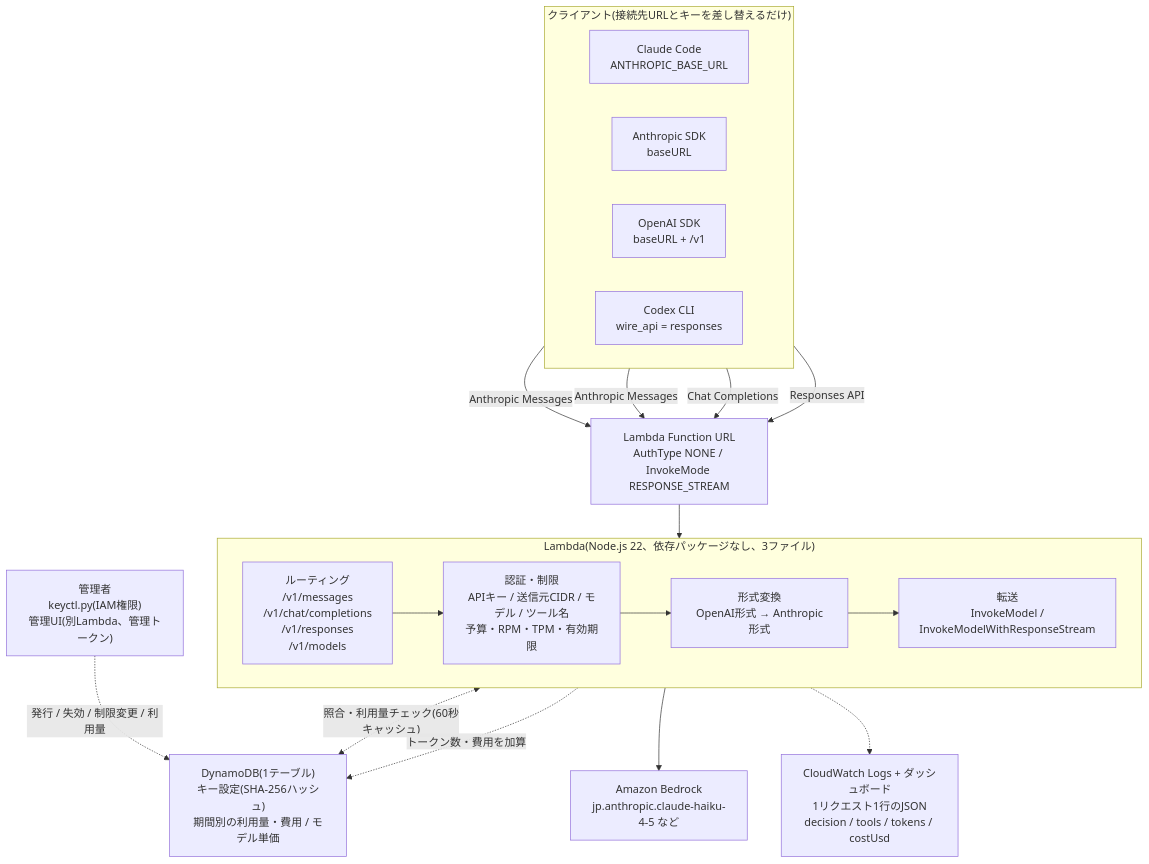
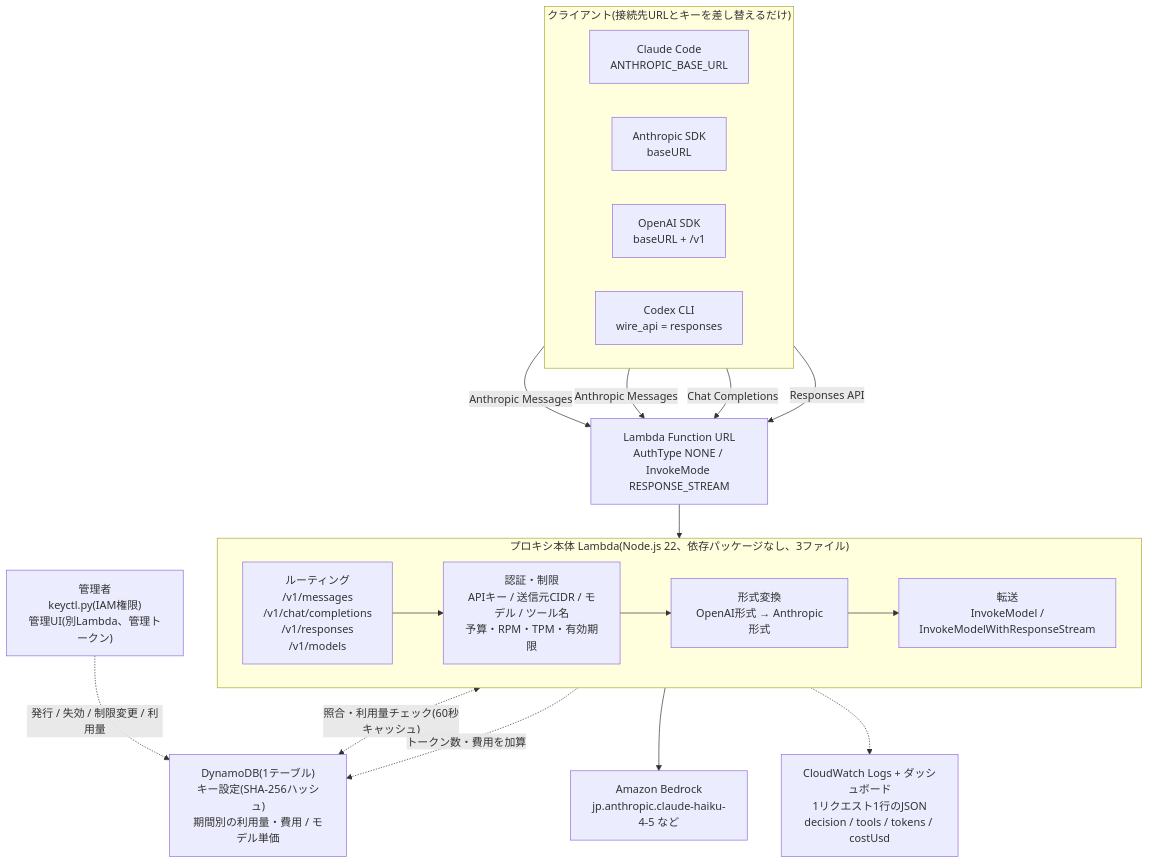
The diagram in docs/architecture.mmd (upgradeinc-c-m/simple-llm-proxy), drawn with Mermaid before and after one commit. The commit also changed 2 other files, not shown here.

Commit message:
Update diagrams and admin UI screenshot

```diff
--- a/docs/architecture.mmd
+++ b/docs/architecture.mmd
@@ -1,31 +1,31 @@
 flowchart TB
     KC["管理者<br/>keyctl.py(IAM権限)<br/>管理UI(別Lambda、管理トークン)"]
     subgraph Clients["クライアント(接続先URLとキーを差し替えるだけ)"]
         direction LR
         CC["Claude Code<br/>ANTHROPIC_BASE_URL"]
         AS["Anthropic SDK<br/>baseURL"]
         OS["OpenAI SDK<br/>baseURL + /v1"]
         CX["Codex CLI<br/>wire_api = responses"]
     end
     URL["Lambda Function URL<br/>AuthType NONE / InvokeMode RESPONSE_STREAM"]
-    subgraph L["Lambda(Node.js 22、依存パッケージなし、3ファイル)"]
+    subgraph L["プロキシ本体 Lambda(Node.js 22、依存パッケージなし、3ファイル)"]
         direction LR
         R["ルーティング<br/>/v1/messages<br/>/v1/chat/completions<br/>/v1/responses<br/>/v1/models"]
         A["認証・制限<br/>APIキー / 送信元CIDR / モデル / ツール名<br/>予算・RPM・TPM・有効期限"]
         T["形式変換<br/>OpenAI形式 → Anthropic形式"]
         F["転送<br/>InvokeModel /<br/>InvokeModelWithResponseStream"]
         R --> A --> T --> F
     end
     DDB["DynamoDB(1テーブル)<br/>キー設定(SHA-256ハッシュ)<br/>期間別の利用量・費用 / モデル単価"]
     CW["CloudWatch Logs + ダッシュボード<br/>1リクエスト1行のJSON<br/>decision / tools / tokens / costUsd"]
     BR["Amazon Bedrock<br/>jp.anthropic.claude-haiku-4-5 など"]
     CC -->|"Anthropic Messages"| URL
     AS -->|"Anthropic Messages"| URL
     OS -->|"Chat Completions"| URL
     CX -->|"Responses API"| URL
     URL --> L
     KC -.->|"発行 / 失効 / 制限変更 / 利用量"| DDB
     A <-.->|"照合・利用量チェック(60秒キャッシュ)"| DDB
     F -.->|"トークン数・費用を加算"| DDB
     F --> BR
     L -.-> CW
```
